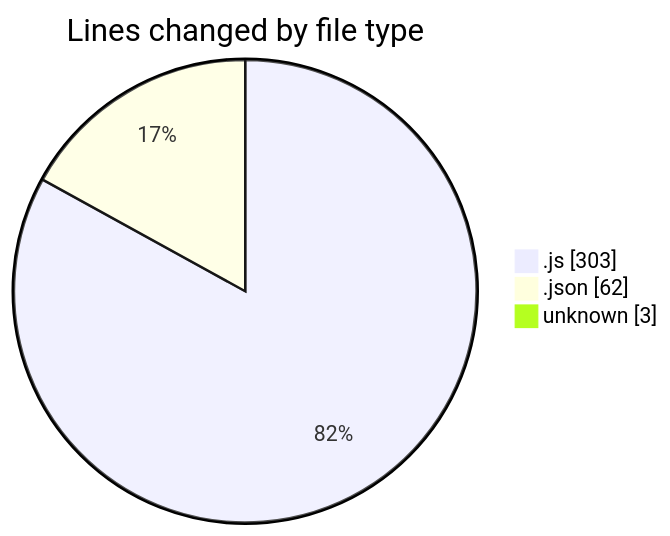
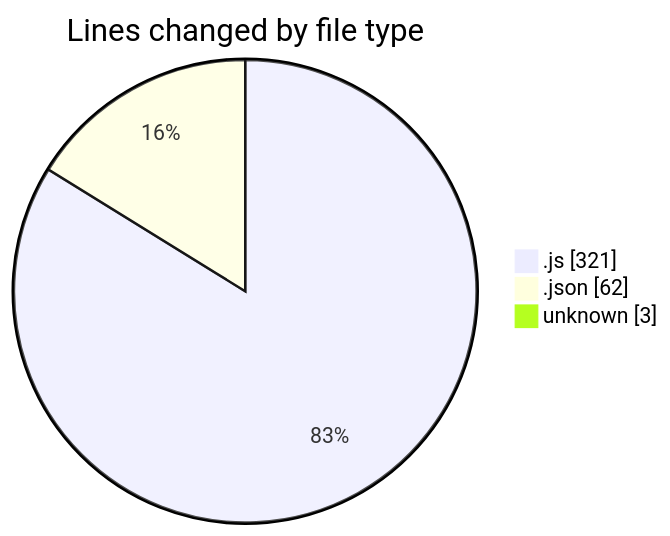
The first of 2 diagrams in 2025-07-02/mern-thinkboard/README.md (Ritupan-Deka/code-tracking), drawn with Mermaid before and after one commit. The commit also changed other lines of this file and 1 other file, not shown here.

````diff
--- a/2025-07-02/mern-thinkboard/README.md
+++ b/2025-07-02/mern-thinkboard/README.md
@@ -28,7 +28,7 @@
 ```mermaid
 pie showData
 title Lines changed by file type
-".js" : 303
+".js" : 321
 ".json" : 62
 "unknown" : 3
 ```
````
